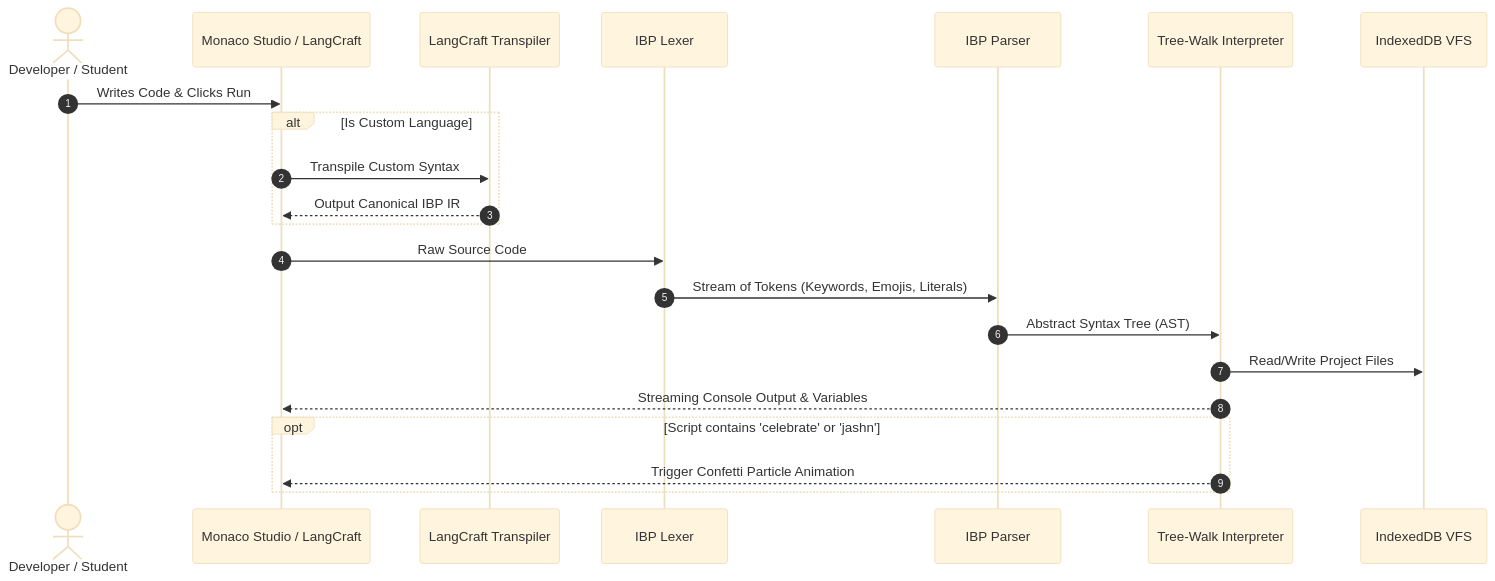
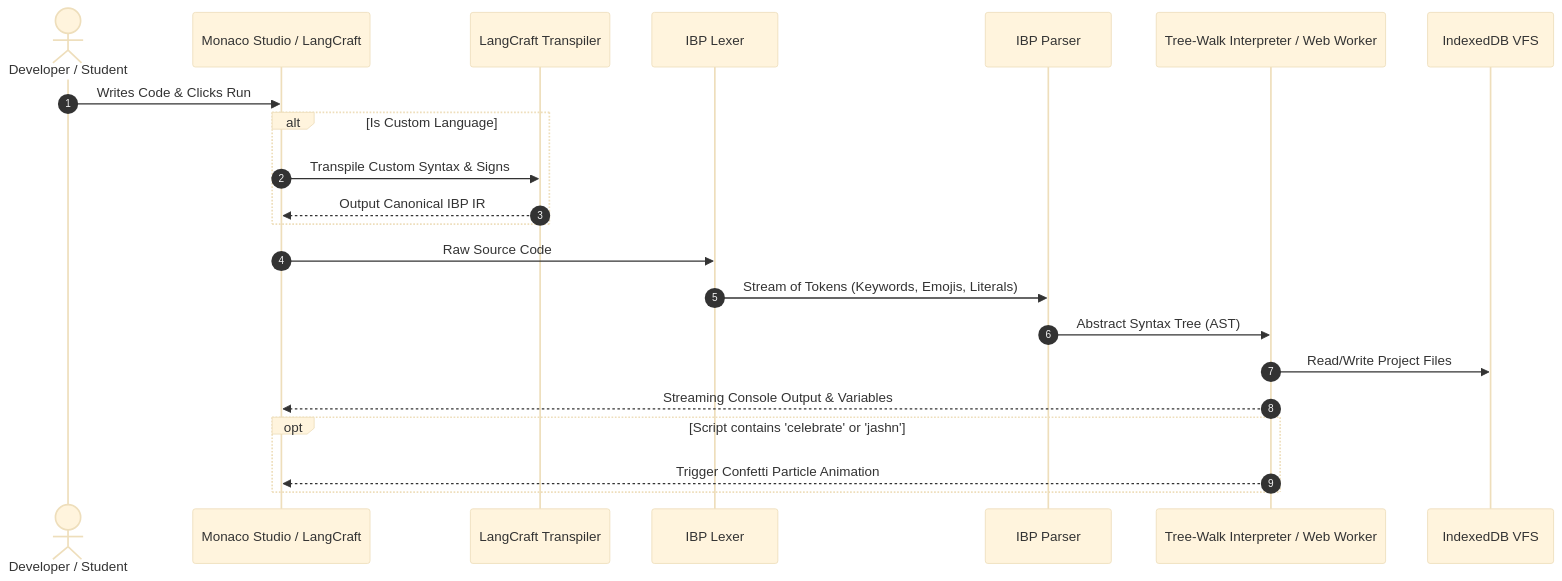
One commit to ibpofficial/ibp-os changed the second of 2 diagrams in README.md. Above: the diagram before and after it, drawn with Mermaid (base theme). The commit also changed other lines of this file and 13 other files, not shown here.

````diff
--- a/README.md
+++ b/README.md
@@ -413,25 +425,25 @@
 ```mermaid
 sequenceDiagram
     autonumber
     actor User as Developer / Student
     participant UI as Monaco Studio / LangCraft
     participant Transpiler as LangCraft Transpiler
     participant Lexer as IBP Lexer
     participant Parser as IBP Parser
-    participant VM as Tree-Walk Interpreter
+    participant VM as Tree-Walk Interpreter / Web Worker
     participant VFS as IndexedDB VFS
 
     User->>UI: Writes Code & Clicks Run
     alt Is Custom Language
-        UI->>Transpiler: Transpile Custom Syntax
+        UI->>Transpiler: Transpile Custom Syntax & Signs
         Transpiler-->>UI: Output Canonical IBP IR
     end
     UI->>Lexer: Raw Source Code
     Lexer->>Parser: Stream of Tokens (Keywords, Emojis, Literals)
     Parser->>VM: Abstract Syntax Tree (AST)
     VM->>VFS: Read/Write Project Files
     VM-->>UI: Streaming Console Output & Variables
     opt Script contains 'celebrate' or 'jashn'
         VM-->>UI: Trigger Confetti Particle Animation
     end
 ```
````
